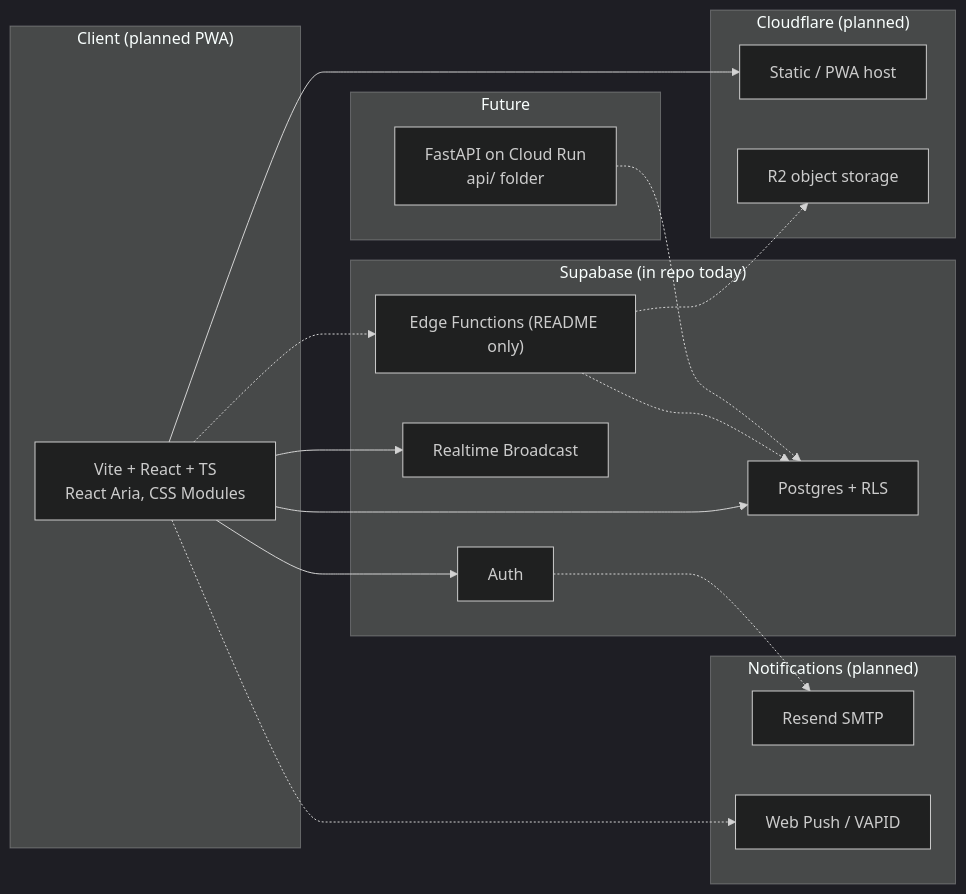
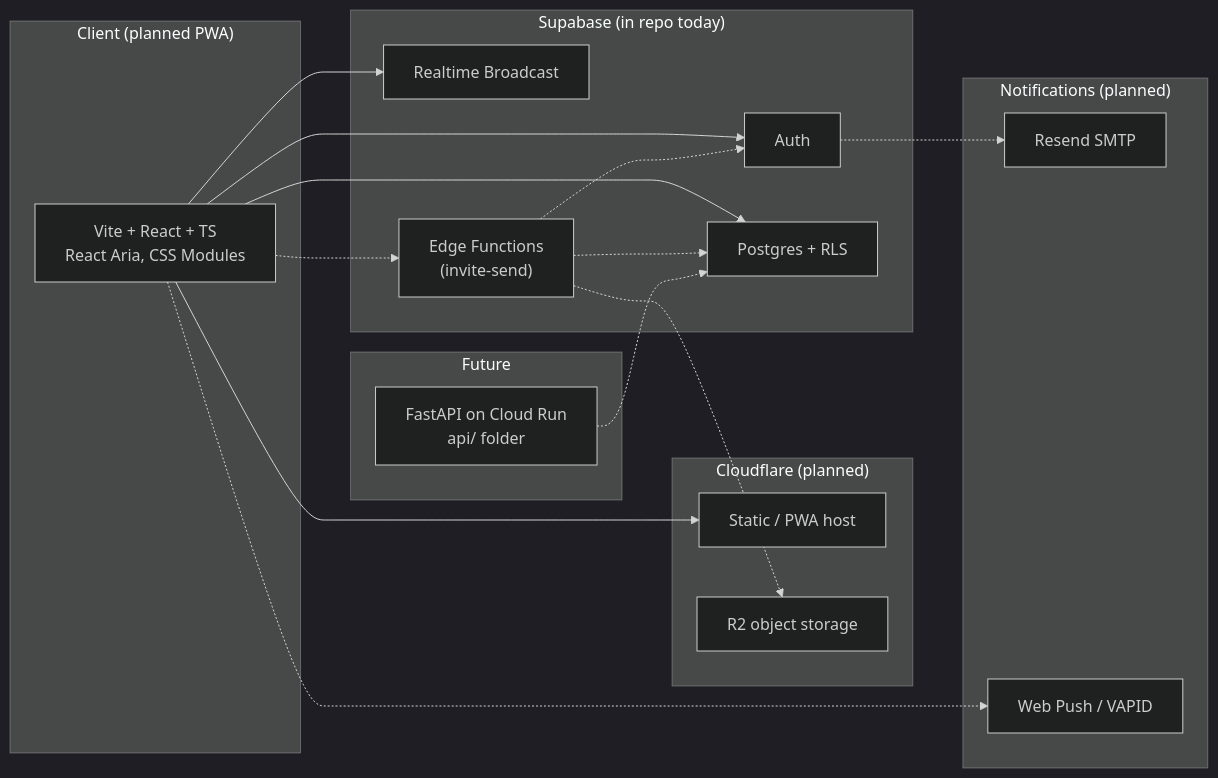
Before and after one commit to naftalib/stay_in_touch: the first of 2 diagrams in docs/architecture.md, drawn with Mermaid (dark theme). The commit also changed other lines of this file and 57 other files, not shown here.

````diff
--- a/docs/architecture.md
+++ b/docs/architecture.md
@@ -7,33 +7,34 @@
 ```mermaid
 flowchart LR
   subgraph client["Client (planned PWA)"]
     Web["Vite + React + TS<br/>React Aria, CSS Modules"]
   end
   subgraph cf["Cloudflare (planned)"]
     Pages["Static / PWA host"]
     R2["R2 object storage"]
   end
   subgraph supa["Supabase (in repo today)"]
     Auth["Auth"]
     PG["Postgres + RLS"]
     RT["Realtime Broadcast"]
-    EF["Edge Functions (README only)"]
+    EF["Edge Functions<br/>(invite-send)"]
   end
   subgraph notify["Notifications (planned)"]
     Resend["Resend SMTP"]
     Push["Web Push / VAPID"]
   end
   subgraph future["Future"]
     API["FastAPI on Cloud Run<br/>api/ folder"]
   end
   Web --> Pages
   Web --> Auth
   Web --> PG
   Web --> RT
   Web -.-> EF
   EF -.-> R2
   EF -.-> PG
+  EF -.-> Auth
   Auth -.-> Resend
   Web -.-> Push
   API -.-> PG
 ```
````
